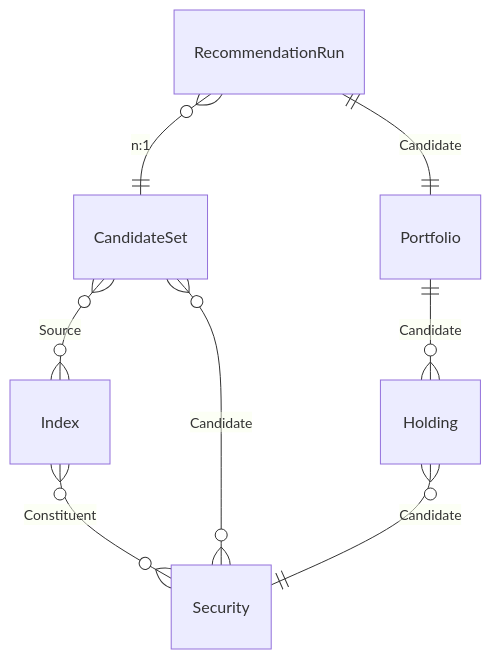
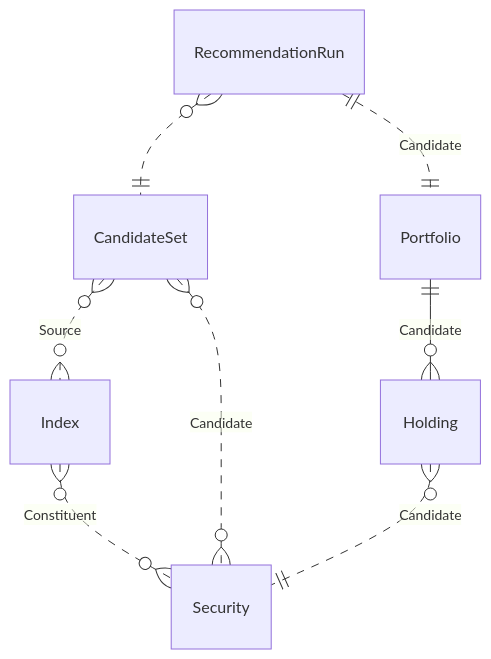
The diagram in examples/portfolio-engine/design/domain.modelith.md (RamXX/machinery), drawn with Mermaid before and after one commit. The commit also changed other lines of this file and 15 other files, not shown here.

````diff
--- a/examples/portfolio-engine/design/domain.modelith.md
+++ b/examples/portfolio-engine/design/domain.modelith.md
@@ -207,16 +206,16 @@
 ```mermaid
 erDiagram
     CandidateSet {}
     Holding {}
     Index {}
     Portfolio {}
     RecommendationRun {}
     Security {}
-    CandidateSet }o--o{ Index : "Source"
-    CandidateSet }o--o{ Security : "Candidate"
-    Holding }o--|| Security : "Candidate"
-    Index }o--o{ Security : "Constituent"
+    CandidateSet }o..o{ Index : "Source"
+    CandidateSet }o..o{ Security : "Candidate"
+    Holding }o..|| Security : "Candidate"
+    Index }o..o{ Security : "Constituent"
     Portfolio ||--o{ Holding : "Candidate"
-    RecommendationRun }o--|| CandidateSet : "n:1"
-    RecommendationRun ||--|| Portfolio : "Candidate"
+    RecommendationRun }o..|| CandidateSet : ""
+    RecommendationRun ||..|| Portfolio : "Candidate"
 ```
````
